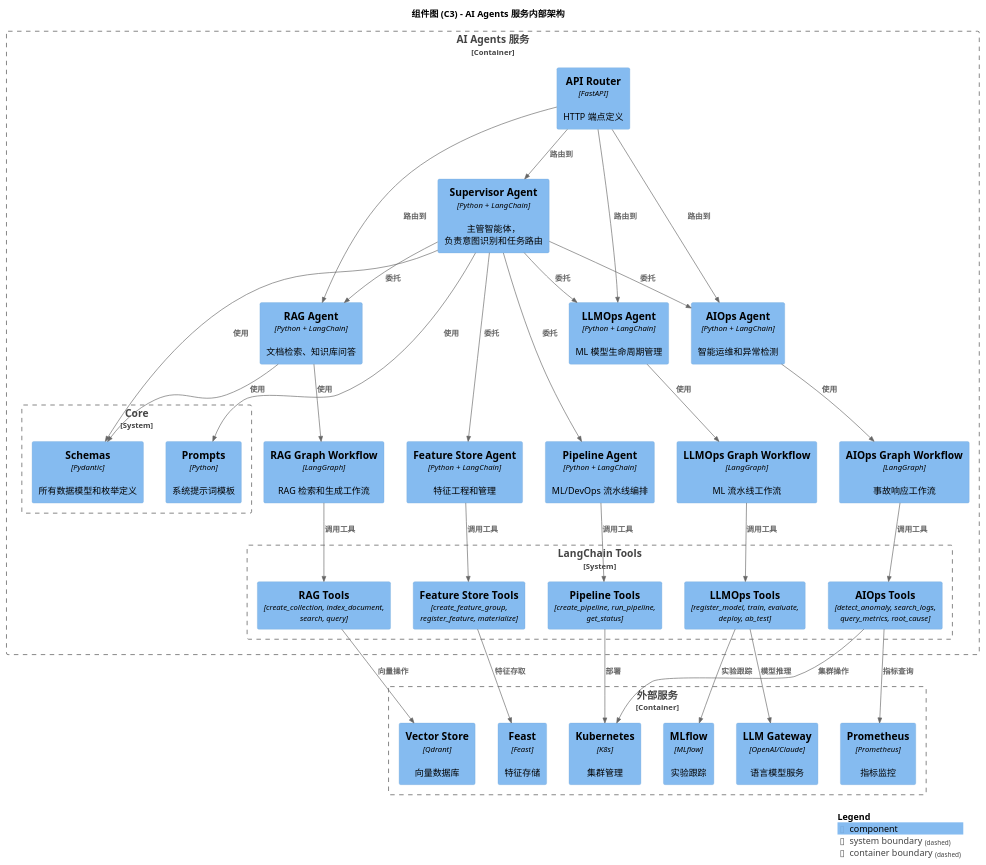
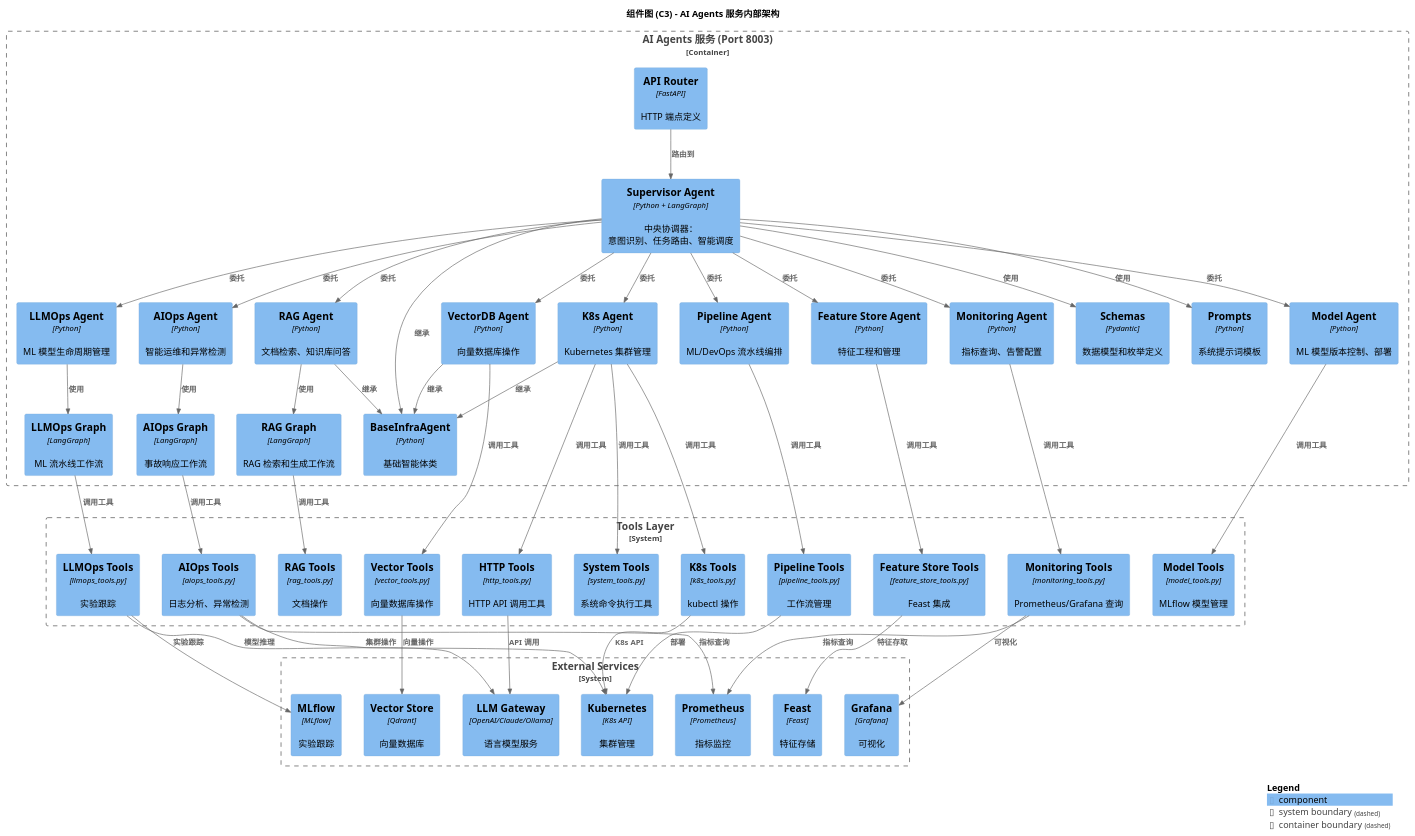
The diagram in ai/docs/c4/component-ai-agents.puml (felixzhu97/explore-workspace), drawn with PlantUML before and after one commit. The commit also changed 33 other files, not shown here.

First line of the commit message:
feat: enhance AI agents service with tools, documentation and UI improvements

```diff
--- a/ai/docs/c4/component-ai-agents.puml
+++ b/ai/docs/c4/component-ai-agents.puml
@@ -1,90 +1,119 @@
 @startuml C4-Component-AI-Agents
 !include https://raw.githubusercontent.com/plantuml-stdlib/C4-PlantUML/master/C4_Component.puml
 
 LAYOUT_WITH_LEGEND()
 
 title 组件图 (C3) - AI Agents 服务内部架构
 
-Container_Boundary(ai_agents, "AI Agents 服务") {
-    
-    ' 组件定义 - 智能体层
-    Component(supervisor_agent, "Supervisor Agent", "Python + LangChain", "主管智能体，负责意图识别和任务路由")
-    Component(rag_agent, "RAG Agent", "Python + LangChain", "文档检索、知识库问答")
-    Component(llmops_agent, "LLMOps Agent", "Python + LangChain", "ML 模型生命周期管理")
-    Component(aiops_agent, "AIOps Agent", "Python + LangChain", "智能运维和异常检测")
-    Component(pipeline_agent, "Pipeline Agent", "Python + LangChain", "ML/DevOps 流水线编排")
-    Component(feature_agent, "Feature Store Agent", "Python + LangChain", "特征工程和管理")
-    
-    ' LangGraph 工作流
-    Component(rag_graph, "RAG Graph Workflow", "LangGraph", "RAG 检索和生成工作流")
-    Component(llmops_graph, "LLMOps Graph Workflow", "LangGraph", "ML 流水线工作流")
-    Component(aiops_graph, "AIOps Graph Workflow", "LangGraph", "事故响应工作流")
-    
-    ' 工具层
-System_Boundary(tools, "LangChain Tools") {
-        Component(rag_tools, "RAG Tools", "create_collection, index_document, search, query")
-        Component(llmops_tools, "LLMOps Tools", "register_model, train, evaluate, deploy, ab_test")
-        Component(aiops_tools, "AIOps Tools", "detect_anomaly, search_logs, query_metrics, root_cause")
-        Component(pipeline_tools, "Pipeline Tools", "create_pipeline, run_pipeline, get_status")
-        Component(feature_tools, "Feature Store Tools", "create_feature_group, register_feature, materialize")
-    }
-    
-    ' 核心模块
-System_Boundary(core, "Core") {
-        Component(schemas, "Schemas", "Pydantic", "所有数据模型和枚举定义")
-        Component(prompts, "Prompts", "Python", "系统提示词模板")
-    }
-    
-    ' API 层
+Container_Boundary(ai_agents, "AI Agents 服务 (Port 8003)") {
+
+    ' === Supervisor 层 ===
+    Component(supervisor, "Supervisor Agent", "Python + LangGraph", "中央协调器：意图识别、任务路由、智能调度")
+
+    ' === 智能体层 ===
+    Component(k8s_agent, "K8s Agent", "Python", "Kubernetes 集群管理")
+    Component(vectordb_agent, "VectorDB Agent", "Python", "向量数据库操作")
+    Component(rag_agent, "RAG Agent", "Python", "文档检索、知识库问答")
+    Component(pipeline_agent, "Pipeline Agent", "Python", "ML/DevOps 流水线编排")
+    Component(llmops_agent, "LLMOps Agent", "Python", "ML 模型生命周期管理")
+    Component(aiops_agent, "AIOps Agent", "Python", "智能运维和异常检测")
+    Component(feature_agent, "Feature Store Agent", "Python", "特征工程和管理")
+    Component(monitoring_agent, "Monitoring Agent", "Python", "指标查询、告警配置")
+    Component(model_agent, "Model Agent", "Python", "ML 模型版本控制、部署")
+
+    ' === LangGraph 工作流 ===
+    Component(rag_graph, "RAG Graph", "LangGraph", "RAG 检索和生成工作流")
+    Component(llmops_graph, "LLMOps Graph", "LangGraph", "ML 流水线工作流")
+    Component(aiops_graph, "AIOps Graph", "LangGraph", "事故响应工作流")
+
+    ' === 核心模块 ===
+    Component(schemas, "Schemas", "Pydantic", "数据模型和枚举定义")
+    Component(prompts, "Prompts", "Python", "系统提示词模板")
+    Component(base, "BaseInfraAgent", "Python", "基础智能体类")
+
+    ' === API 层 ===
     Component(api_router, "API Router", "FastAPI", "HTTP 端点定义")
 }
 
-Container_Boundary(external_services, "外部服务") {
+' === 工具层 ===
+System_Boundary(tools, "Tools Layer") {
+    Component(http_tools, "HTTP Tools", "http_tools.py", "HTTP API 调用工具")
+    Component(system_tools, "System Tools", "system_tools.py", "系统命令执行工具")
+    Component(k8s_tools, "K8s Tools", "k8s_tools.py", "kubectl 操作")
+    Component(vector_tools, "Vector Tools", "vector_tools.py", "向量数据库操作")
+    Component(monitoring_tools, "Monitoring Tools", "monitoring_tools.py", "Prometheus/Grafana 查询")
+    Component(model_tools, "Model Tools", "model_tools.py", "MLflow 模型管理")
+    Component(llmops_tools, "LLMOps Tools", "llmops_tools.py", "实验跟踪")
+    Component(aiops_tools, "AIOps Tools", "aiops_tools.py", "日志分析、异常检测")
+    Component(rag_tools, "RAG Tools", "rag_tools.py", "文档操作")
+    Component(pipeline_tools, "Pipeline Tools", "pipeline_tools.py", "工作流管理")
+    Component(feature_tools, "Feature Store Tools", "feature_store_tools.py", "Feast 集成")
+}
+
+' === 外部服务层 ===
+System_Boundary(external, "External Services") {
     Component(vector_store, "Vector Store", "Qdrant", "向量数据库")
-    Component(llm_gateway, "LLM Gateway", "OpenAI/Claude", "语言模型服务")
+    Component(llm_gateway, "LLM Gateway", "OpenAI/Claude/Ollama", "语言模型服务")
     Component(mlflow, "MLflow", "MLflow", "实验跟踪")
     Component(feast, "Feast", "Feast", "特征存储")
-    Component(k8s, "Kubernetes", "K8s", "集群管理")
+    Component(k8s_cluster, "Kubernetes", "K8s API", "集群管理")
     Component(prometheus, "Prometheus", "Prometheus", "指标监控")
+    Component(grafana, "Grafana", "Grafana", "可视化")
 }
 
-' 智能体与工作流关系
-Rel(supervisor_agent, rag_agent, "委托")
-Rel(supervisor_agent, llmops_agent, "委托")
-Rel(supervisor_agent, aiops_agent, "委托")
-Rel(supervisor_agent, pipeline_agent, "委托")
-Rel(supervisor_agent, feature_agent, "委托")
+' === Supervisor 路由关系 ===
+Rel(supervisor, k8s_agent, "委托")
+Rel(supervisor, vectordb_agent, "委托")
+Rel(supervisor, rag_agent, "委托")
+Rel(supervisor, pipeline_agent, "委托")
+Rel(supervisor, llmops_agent, "委托")
+Rel(supervisor, aiops_agent, "委托")
+Rel(supervisor, feature_agent, "委托")
+Rel(supervisor, monitoring_agent, "委托")
+Rel(supervisor, model_agent, "委托")
 
+' === 智能体与工作流关系 ===
 Rel(rag_agent, rag_graph, "使用")
 Rel(llmops_agent, llmops_graph, "使用")
 Rel(aiops_agent, aiops_graph, "使用")
 
-' 工作流与工具关系
+' === 工作流与工具关系 ===
 Rel(rag_graph, rag_tools, "调用工具")
 Rel(llmops_graph, llmops_tools, "调用工具")
 Rel(aiops_graph, aiops_tools, "调用工具")
+
+' === 智能体与通用工具关系 ===
+Rel(k8s_agent, k8s_tools, "调用工具")
+Rel(k8s_agent, system_tools, "调用工具")
+Rel(k8s_agent, http_tools, "调用工具")
+Rel(vectordb_agent, vector_tools, "调用工具")
+Rel(monitoring_agent, monitoring_tools, "调用工具")
+Rel(model_agent, model_tools, "调用工具")
+Rel(feature_agent, feature_tools, "调用工具")
 Rel(pipeline_agent, pipeline_tools, "调用工具")
-Rel(feature_agent, feature_tools, "调用工具")
 
-' 工具与外部服务关系
-Rel(rag_tools, vector_store, "向量操作")
+' === 工具与外部服务关系 ===
+Rel(http_tools, llm_gateway, "API 调用")
+Rel(vector_tools, vector_store, "向量操作")
 Rel(llmops_tools, mlflow, "实验跟踪")
 Rel(llmops_tools, llm_gateway, "模型推理")
 Rel(feature_tools, feast, "特征存取")
-Rel(aiops_tools, k8s, "集群操作")
+Rel(k8s_tools, k8s_cluster, "K8s API")
+Rel(monitoring_tools, prometheus, "指标查询")
+Rel(monitoring_tools, grafana, "可视化")
+Rel(aiops_tools, k8s_cluster, "集群操作")
 Rel(aiops_tools, prometheus, "指标查询")
-Rel(pipeline_tools, k8s, "部署")
+Rel(pipeline_tools, k8s_cluster, "部署")
 
-' 核心模块关系
-Rel(supervisor_agent, schemas, "使用")
-Rel(rag_agent, schemas, "使用")
-Rel(supervisor_agent, prompts, "使用")
+' === 核心模块关系 ===
+Rel(supervisor, base, "继承")
+Rel(k8s_agent, base, "继承")
+Rel(vectordb_agent, base, "继承")
+Rel(rag_agent, base, "继承")
+Rel(supervisor, schemas, "使用")
+Rel(supervisor, prompts, "使用")
 
-' API 层
-Rel(api_router, supervisor_agent, "路由到")
-Rel(api_router, rag_agent, "路由到")
-Rel(api_router, llmops_agent, "路由到")
-Rel(api_router, aiops_agent, "路由到")
-
+' === API 层关系 ===
+Rel(api_router, supervisor, "路由到")
 SHOW_LEGEND()
 @enduml
```
